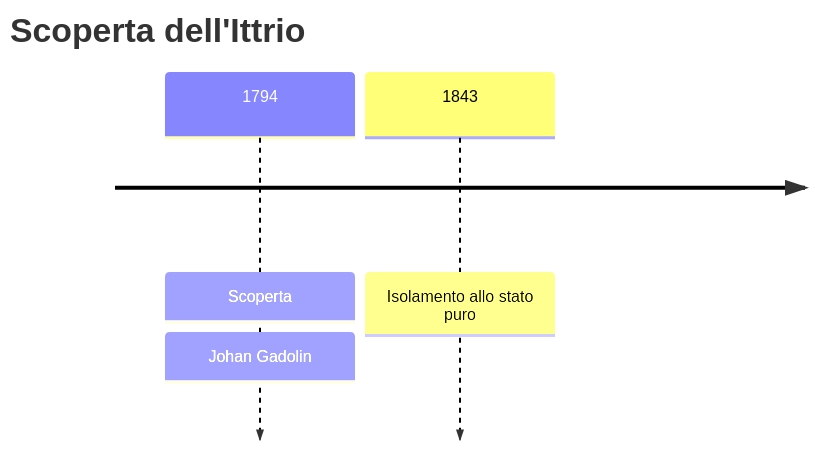
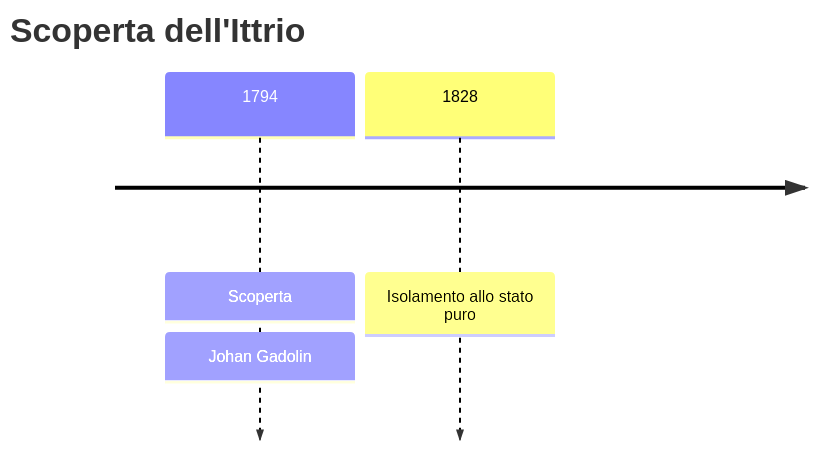
The first of 3 diagrams in vault/Elementi/Ittrio.md (gianlucaciarcelluti/elements-caos), drawn with Mermaid before and after one commit. The commit also changed other lines of this file and 13 other files, not shown here.

````diff
--- a/vault/Elementi/Ittrio.md
+++ b/vault/Elementi/Ittrio.md
@@ -28,6 +28,6 @@
 ```mermaid
 timeline
     title Scoperta dell'Ittrio
     1794 : Scoperta : Johan Gadolin
-    1843 : Isolamento allo stato puro
+    1828 : Isolamento allo stato puro
 ```
````
